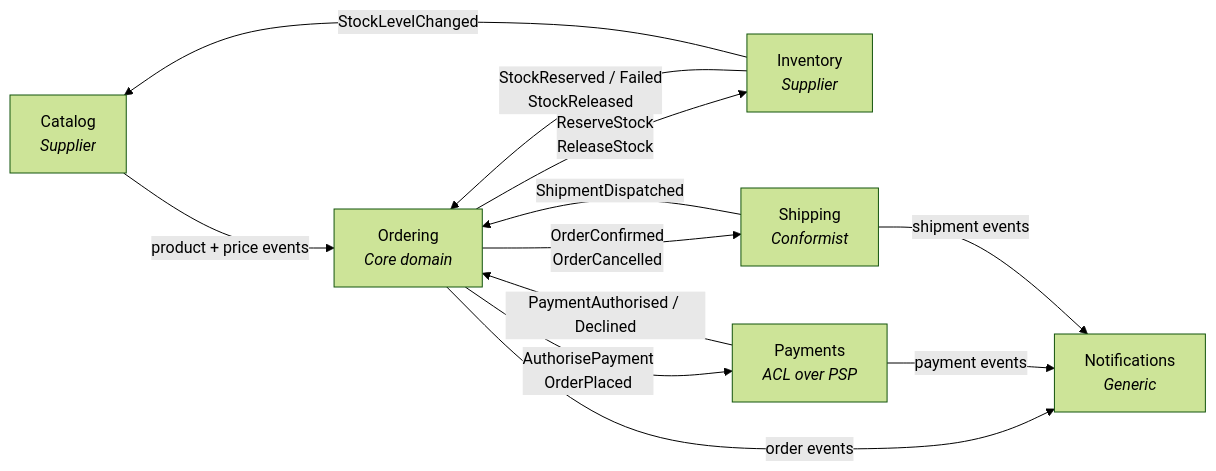
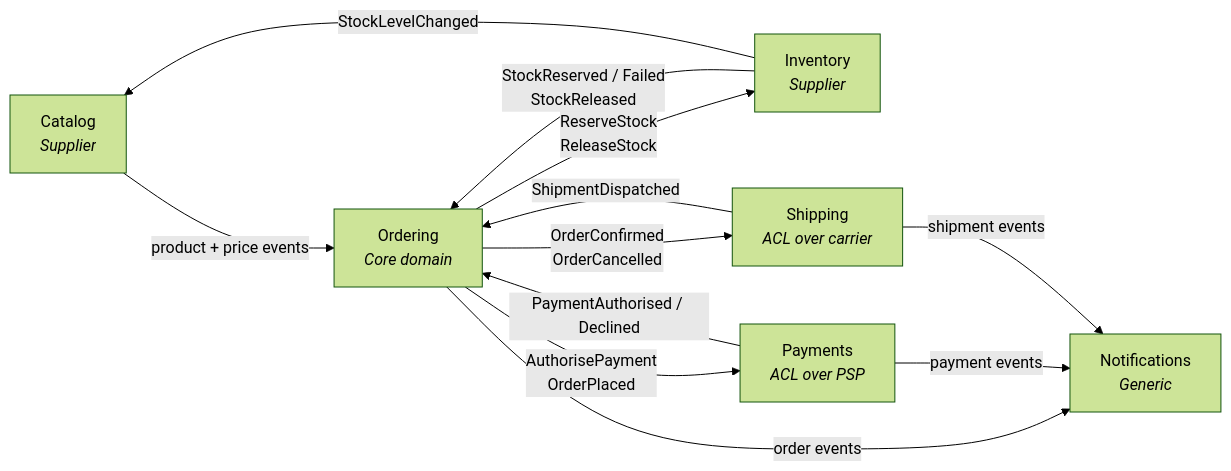
One commit to alexander-shamray/blueprint-backend changed the diagram in docs/backend-architecture/03-bounded-contexts.md. Above: the diagram before and after it, drawn with Mermaid (forest theme). The commit also changed other lines of this file, not shown here.

Commit message:
docs: §3.1 labels Shipping an anti-corruption layer over the carrier
§3.1's context map called Shipping Conformist to carrier APIs. What was
built translates instead: ICarrierGateway states the carrier in Shipping's
own vocabulary, and HttpCarrierGateway is the one place that knows the wire
format, bounding and translating all of it. The design spec's section 9
names it an anti-corruption layer. The blueprint beats the spec, so the
label is what moves, and it moves to the code's side rather than the code
thinning to conform: the adapter is what keeps a carrier's change out of the
domain, and Payments' row already says the same of its provider.

§9.7 names Shipping's CarrierHop without claiming a relationship for it, so
it stays as written.

Closes #308

Claude-Session: https://claude.ai/code/session_01ChYRANadrRbARmNCHZZHQk

````diff
--- a/docs/backend-architecture/03-bounded-contexts.md
+++ b/docs/backend-architecture/03-bounded-contexts.md
@@ -10,21 +10,21 @@
 ```mermaid
 graph LR
     CAT[Catalog<br/><i>Supplier</i>]
     ORD[Ordering<br/><i>Core domain</i>]
     INV[Inventory<br/><i>Supplier</i>]
     PAY[Payments<br/><i>ACL over PSP</i>]
-    SHP[Shipping<br/><i>Conformist</i>]
+    SHP[Shipping<br/><i>ACL over carrier</i>]
     NOT[Notifications<br/><i>Generic</i>]
 
     CAT -->|product + price events| ORD
     ORD -->|ReserveStock<br/>ReleaseStock| INV
     INV -->|StockReserved / Failed<br/>StockReleased| ORD
     ORD -->|AuthorisePayment<br/>OrderPlaced| PAY
     PAY -->|PaymentAuthorised / Declined| ORD
     ORD -->|OrderConfirmed<br/>OrderCancelled| SHP
     SHP -->|ShipmentDispatched| ORD
     ORD -->|order events| NOT
     PAY -->|payment events| NOT
     INV -->|StockLevelChanged| CAT
     SHP -->|shipment events| NOT
 ```
````
